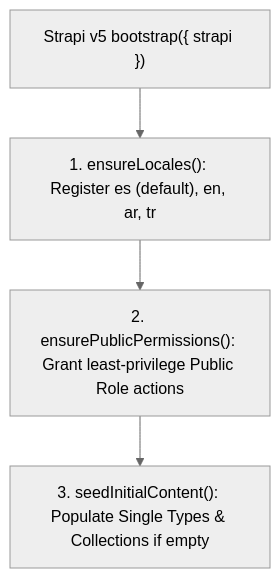
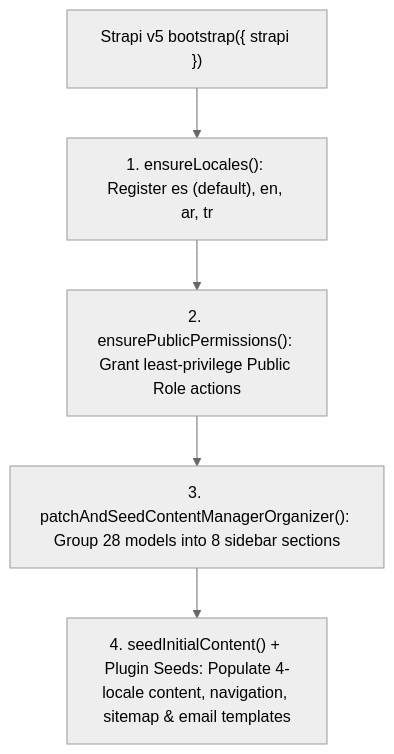
The diagram in docs/src/content/docs/en/04-backend-and-plugins/bootstrap-and-permissions.md (Vicacha-Devs/central-mosque-bogota), drawn with Mermaid (neutral theme) before and after one commit. The commit also changed other lines of this file and 23 other files, not shown here.

First line of the commit message:
docs: add learning roadmap, refresh backend/architecture guides, fix typedoc build

````diff
--- a/docs/src/content/docs/en/04-backend-and-plugins/bootstrap-and-permissions.md
+++ b/docs/src/content/docs/en/04-backend-and-plugins/bootstrap-and-permissions.md
@@ -10,6 +10,7 @@
 ```mermaid
 flowchart TD
   Boot["Strapi v5 bootstrap({ strapi })"] --> Step1["1. ensureLocales(): Register es (default), en, ar, tr"]
   Step1 --> Step2["2. ensurePublicPermissions(): Grant least-privilege Public Role actions"]
-  Step2 --> Step3["3. seedInitialContent(): Populate Single Types & Collections if empty"]
+  Step2 --> Step3["3. patchAndSeedContentManagerOrganizer(): Group 28 models into 8 sidebar sections"]
+  Step3 --> Step4["4. seedInitialContent() + Plugin Seeds: Populate 4-locale content, navigation, sitemap & email templates"]
 ```
````
